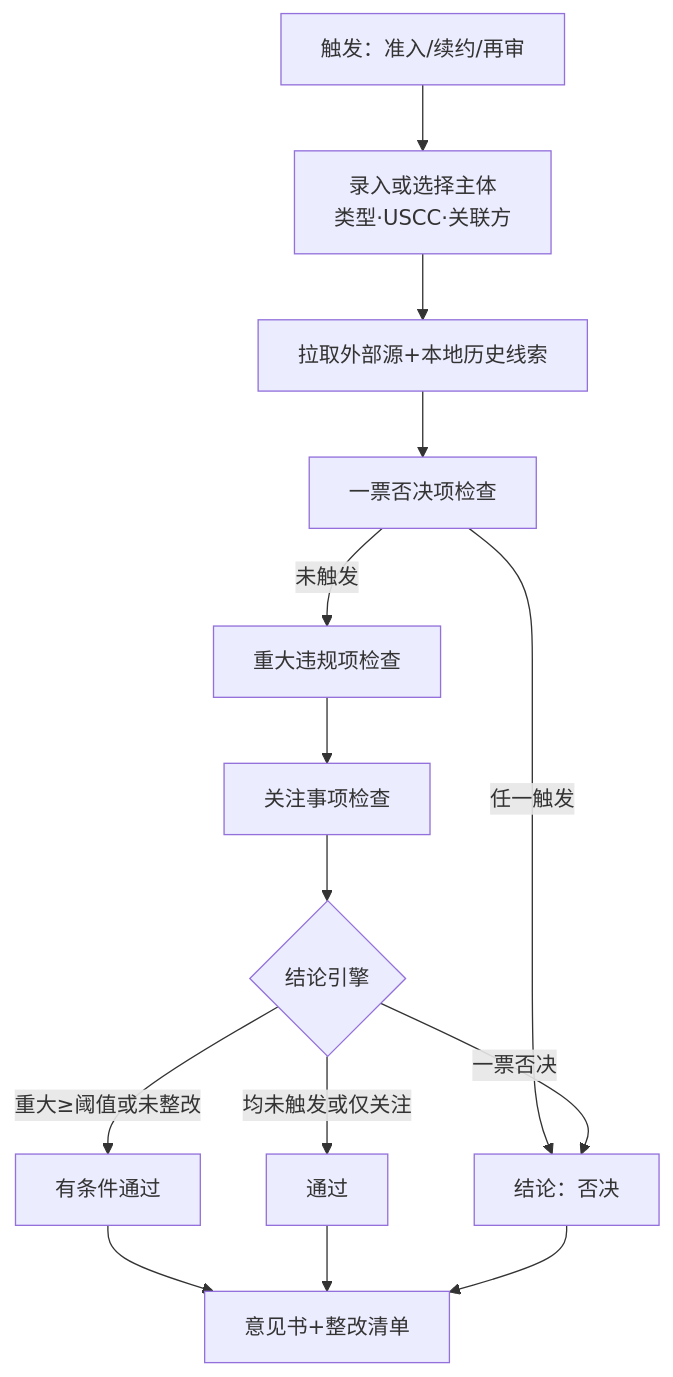
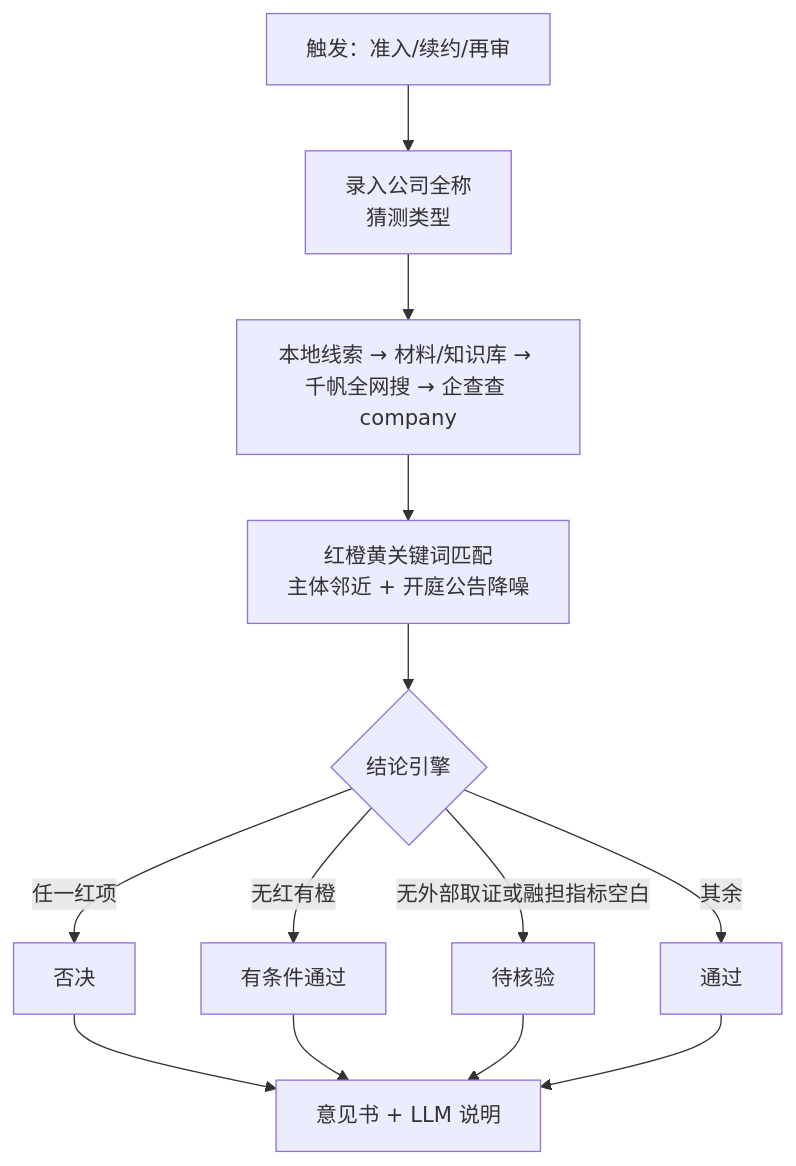
The fourth of 4 diagrams in docs/需求文档.md (kobebryant111/axion-risk-agent), drawn with Mermaid before and after one commit. The commit also changed other lines of this file and 23 other files, not shown here.

````diff
--- a/docs/需求文档.md
+++ b/docs/需求文档.md
@@ -518,16 +520,15 @@
 ```mermaid
 flowchart TB
-  T["触发：准入/续约/再审"] --> P["录入或选择主体<br/>类型·USCC·关联方"]
-  P --> S["拉取外部源+本地历史线索"]
-  S --> V["一票否决项检查"]
-  V -->|任一触发| N["结论：否决"]
-  V -->|未触发| M["重大违规项检查"]
-  M --> W["关注事项检查"]
-  W --> C{"结论引擎"}
-  C -->|重大≥阈值或未整改| Cond["有条件通过"]
-  C -->|均未触发或仅关注| Pass["通过"]
-  C -->|一票否决| N
-  Cond --> R["意见书+整改清单"]
+  T["触发：准入/续约/再审"] --> P["录入公司全称<br/>猜测类型"]
+  P --> S["本地线索 → 材料/知识库 → 千帆全网搜 → 企查查 company"]
+  S --> F["红橙黄关键词匹配<br/>主体邻近 + 开庭公告降噪"]
+  F --> C{"结论引擎"}
+  C -->|任一红项| N["否决"]
+  C -->|无红有橙| Cond["有条件通过"]
+  C -->|无外部取证或融担指标空白| TV["待核验"]
+  C -->|其余| Pass["通过"]
+  N --> R["意见书 + LLM 说明"]
+  Cond --> R
+  TV --> R
   Pass --> R
-  N --> R
 ```
````
